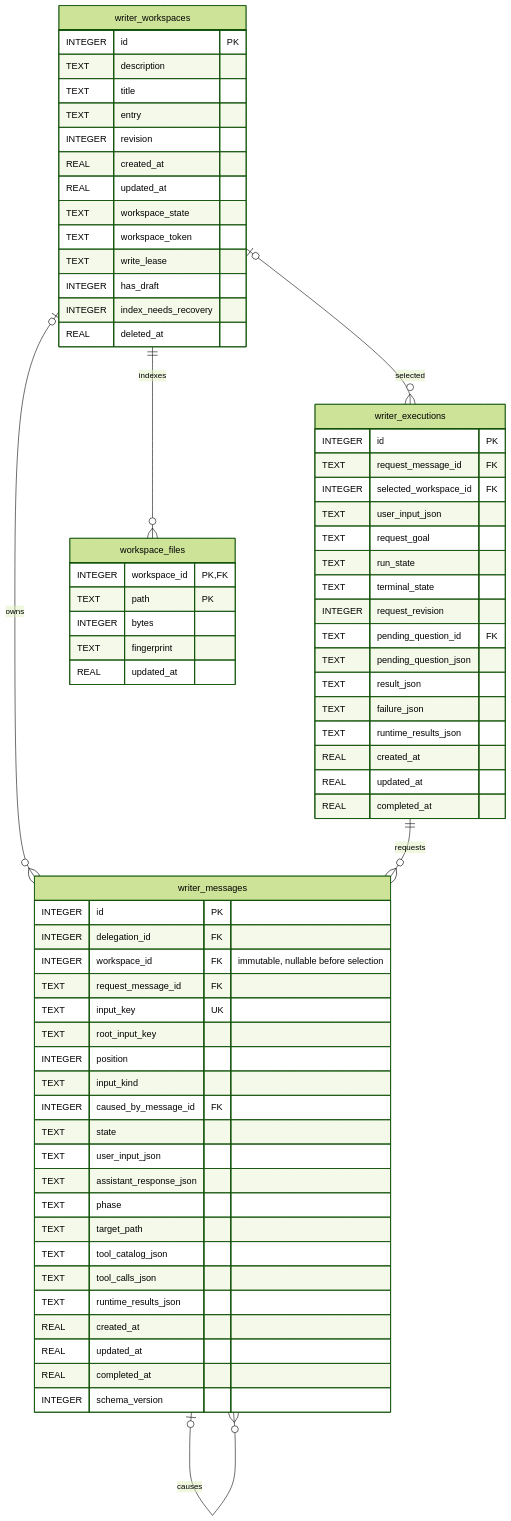
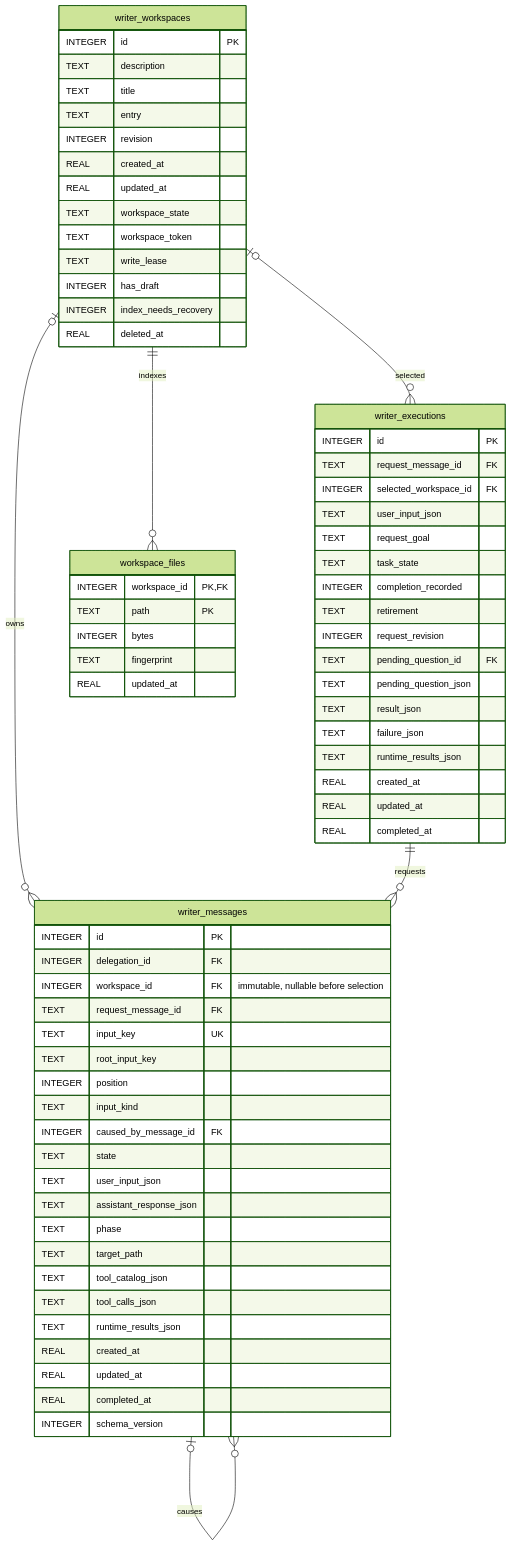
One commit to devilyouwei/MobileHarness changed the second of 4 diagrams in MobileHarness/Storage/Database/README.md. Above: the diagram before and after it, drawn with Mermaid (forest theme). The commit also changed 69 other files, not shown here.

````diff
--- a/MobileHarness/Storage/Database/README.md
+++ b/MobileHarness/Storage/Database/README.md
@@ -95,71 +95,72 @@
 ```mermaid
 erDiagram
     writer_workspaces o|--o{ writer_messages : owns
     writer_workspaces o|--o{ writer_executions : selected
     writer_executions ||--o{ writer_messages : requests
     writer_workspaces ||--o{ workspace_files : indexes
     writer_messages o|--o{ writer_messages : causes
     writer_workspaces {
         INTEGER id PK
         TEXT description
         TEXT title
         TEXT entry
         INTEGER revision
         REAL created_at
         REAL updated_at
         TEXT workspace_state
         TEXT workspace_token
         TEXT write_lease
         INTEGER has_draft
         INTEGER index_needs_recovery
         REAL deleted_at
     }
     writer_executions {
         INTEGER id PK
         TEXT request_message_id FK
         INTEGER selected_workspace_id FK
         TEXT user_input_json
         TEXT request_goal
-        TEXT run_state
-        TEXT terminal_state
+        TEXT task_state
+        INTEGER completion_recorded
+        TEXT retirement
         INTEGER request_revision
         TEXT pending_question_id FK
         TEXT pending_question_json
         TEXT result_json
         TEXT failure_json
         TEXT runtime_results_json
         REAL created_at
         REAL updated_at
         REAL completed_at
     }
     writer_messages {
         INTEGER id PK
         INTEGER delegation_id FK
         INTEGER workspace_id FK "immutable, nullable before selection"
         TEXT request_message_id FK
         TEXT input_key UK
         TEXT root_input_key
         INTEGER position
         TEXT input_kind
         INTEGER caused_by_message_id FK
         TEXT state
         TEXT user_input_json
         TEXT assistant_response_json
         TEXT phase
         TEXT target_path
         TEXT tool_catalog_json
         TEXT tool_calls_json
         TEXT runtime_results_json
         REAL created_at
         REAL updated_at
         REAL completed_at
         INTEGER schema_version
     }
     workspace_files {
         INTEGER workspace_id PK,FK
         TEXT path PK
         INTEGER bytes
         TEXT fingerprint
         REAL updated_at
     }
 ```
````
